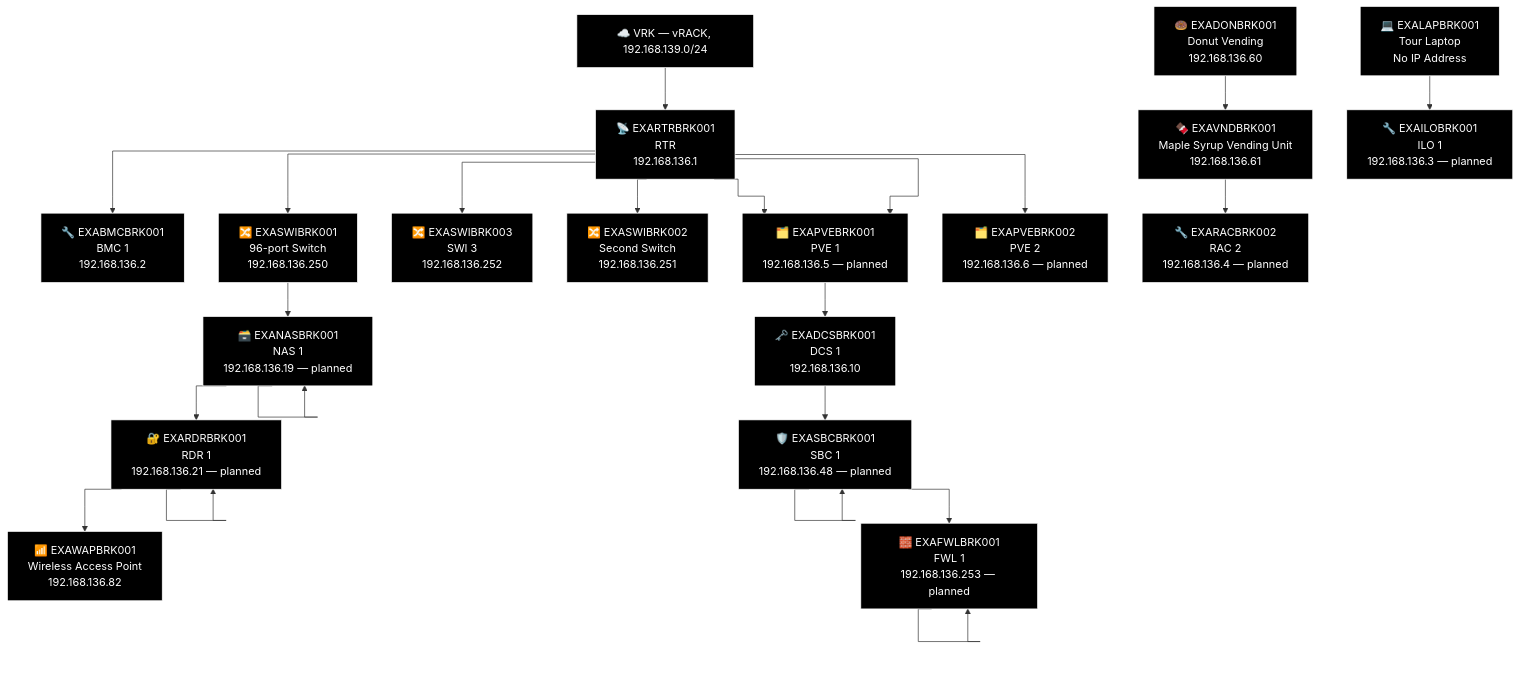
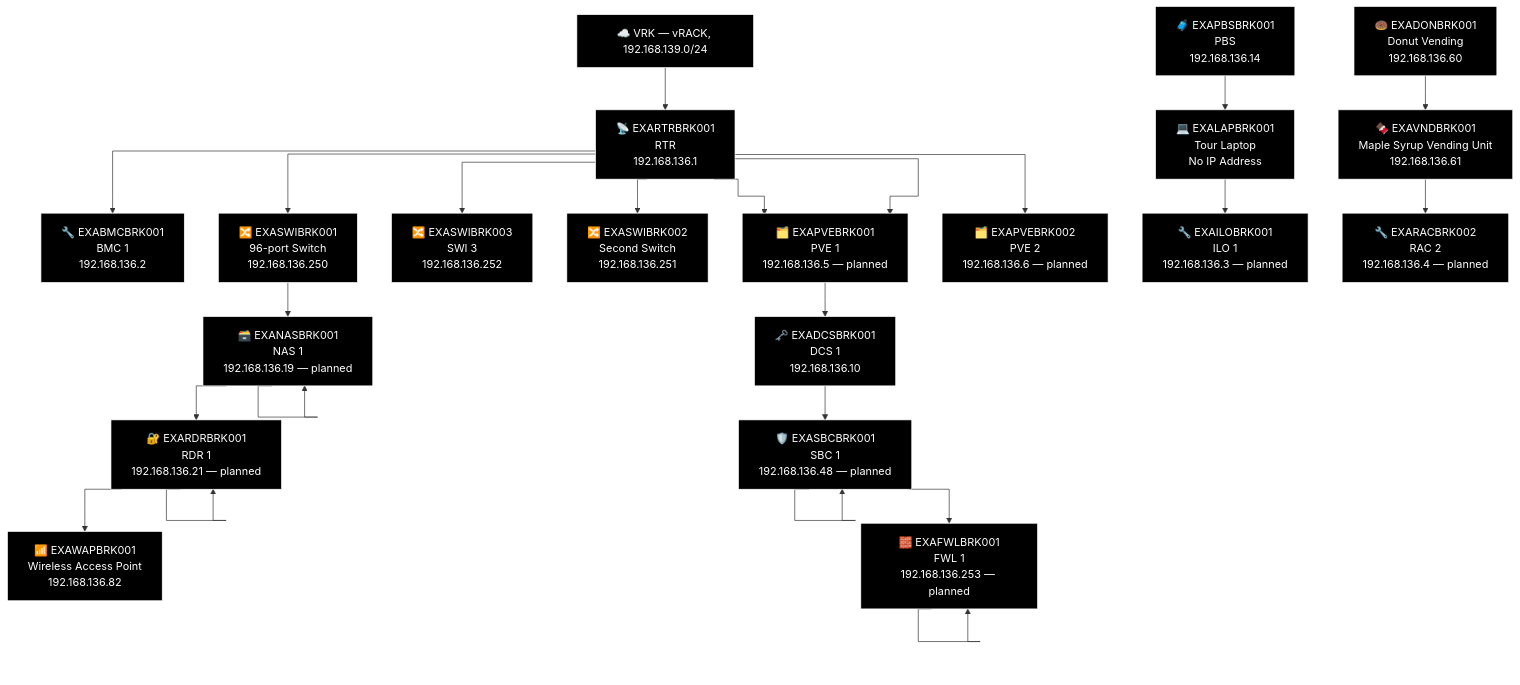
The third of 9 diagrams in docs/network-diagram/canada.md (knightmare2600/example_music_infra), drawn with Mermaid before and after one commit. The commit also changed other lines of this file and 14 other files, not shown here.

First line of the commit message:
docs/network-diagram: regenerate, every site was missing its PBS node

````diff
--- a/docs/network-diagram/canada.md
+++ b/docs/network-diagram/canada.md
@@ -134,66 +134,68 @@
 ```mermaid
 %% GENERATED:TOPOLOGY:BRK:START
 %%{init: {'flowchart': {'curve': 'stepAfter'}}}%%
 graph TD
     T_VRK["☁️ VRK — vRACK, 192.168.139.0/24"]
     T_RTR["📡 EXARTRBRK001<br/>RTR<br/>192.168.136.1"]
     T_VRK --> T_RTR
     T_BMC["🔧 EXABMCBRK001<br/>BMC 1<br/>192.168.136.2"]
     T_RTR --> T_BMC
     T_PVE["🗂️ EXAPVEBRK001<br/>PVE 1<br/>192.168.136.5"]
     T_RTR --> T_PVE
     T_SWI["🔀 EXASWIBRK003<br/>SWI 3<br/>192.168.136.252"]
     T_RTR --> T_SWI
     T_SWI2["🔀 EXASWIBRK002<br/>Second Switch<br/>192.168.136.251"]
     T_RTR --> T_SWI2
     T_SWI3["🔀 EXASWIBRK001<br/>96-port Switch<br/>192.168.136.250"]
     T_RTR --> T_SWI3
     T_PVE["🗂️ EXAPVEBRK001<br/>PVE 1<br/>192.168.136.5 — planned"]
     T_RTR --> T_PVE
     T_PVE2["🗂️ EXAPVEBRK002<br/>PVE 2<br/>192.168.136.6 — planned"]
     T_RTR --> T_PVE2
     T_NAS["🗃️ EXANASBRK001<br/>NAS<br/>192.168.136.19"]
     T_NAS["🗃️ EXANASBRK001<br/>NAS 1<br/>192.168.136.19 — planned"]
     T_RDR["🔐 EXARDRBRK001<br/>RDR<br/>192.168.136.21"]
     T_RDR["🔐 EXARDRBRK001<br/>RDR 1<br/>192.168.136.21 — planned"]
     T_WAP["📶 EXAWAPBRK001<br/>Wireless Access Point<br/>192.168.136.82"]
     T_SWI3 --> T_NAS --> T_NAS --> T_RDR --> T_RDR --> T_WAP
     T_DCS["🗝️ EXADCSBRK001<br/>DCS 1<br/>192.168.136.10"]
     T_SBC["🛡️ EXASBCBRK001<br/>SBC<br/>192.168.136.48"]
     T_SBC["🛡️ EXASBCBRK001<br/>SBC 1<br/>192.168.136.48 — planned"]
     T_FWL["🧱 EXAFWLBRK001<br/>LAN Face<br/>192.168.136.253"]
     T_FWL["🧱 EXAFWLBRK001<br/>FWL 1<br/>192.168.136.253 — planned"]
     T_PVE --> T_DCS --> T_SBC --> T_SBC --> T_FWL --> T_FWL
+    T_PBS["🧳 EXAPBSBRK001<br/>PBS<br/>192.168.136.14"]
     T_DON["🍩 EXADONBRK001<br/>Donut Vending<br/>192.168.136.60"]
     T_LAP["💻 EXALAPBRK001<br/>Tour Laptop<br/>No IP Address"]
     T_VND["🍫 EXAVNDBRK001<br/>Maple Syrup Vending Unit<br/>192.168.136.61"]
     T_ILO["🔧 EXAILOBRK001<br/>ILO 1<br/>192.168.136.3 — planned"]
     T_RAC["🔧 EXARACBRK002<br/>RAC 2<br/>192.168.136.4 — planned"]
+    T_PBS --> T_LAP --> T_ILO
     T_DON --> T_VND --> T_RAC
-    T_LAP --> T_ILO
     style T_VRK fill:#000000,stroke:#FFFFFF,color:#FFFFFF
     style T_RTR fill:#000000,stroke:#FFFFFF,color:#FFFFFF
     style T_BMC fill:#000000,stroke:#FFFFFF,color:#FFFFFF
     style T_PVE fill:#000000,stroke:#FFFFFF,color:#FFFFFF
     style T_SWI fill:#000000,stroke:#FFFFFF,color:#FFFFFF
     style T_SWI2 fill:#000000,stroke:#FFFFFF,color:#FFFFFF
     style T_SWI3 fill:#000000,stroke:#FFFFFF,color:#FFFFFF
     style T_PVE fill:#000000,stroke:#FFFFFF,color:#FFFFFF
     style T_PVE2 fill:#000000,stroke:#FFFFFF,color:#FFFFFF
     style T_NAS fill:#000000,stroke:#FFFFFF,color:#FFFFFF
     style T_NAS fill:#000000,stroke:#FFFFFF,color:#FFFFFF
     style T_RDR fill:#000000,stroke:#FFFFFF,color:#FFFFFF
     style T_RDR fill:#000000,stroke:#FFFFFF,color:#FFFFFF
     style T_WAP fill:#000000,stroke:#FFFFFF,color:#FFFFFF
     style T_DCS fill:#000000,stroke:#FFFFFF,color:#FFFFFF
     style T_SBC fill:#000000,stroke:#FFFFFF,color:#FFFFFF
     style T_SBC fill:#000000,stroke:#FFFFFF,color:#FFFFFF
     style T_FWL fill:#000000,stroke:#FFFFFF,color:#FFFFFF
     style T_FWL fill:#000000,stroke:#FFFFFF,color:#FFFFFF
+    style T_PBS fill:#000000,stroke:#FFFFFF,color:#FFFFFF
     style T_DON fill:#000000,stroke:#FFFFFF,color:#FFFFFF
     style T_LAP fill:#000000,stroke:#FFFFFF,color:#FFFFFF
     style T_VND fill:#000000,stroke:#FFFFFF,color:#FFFFFF
     style T_ILO fill:#000000,stroke:#FFFFFF,color:#FFFFFF
     style T_RAC fill:#000000,stroke:#FFFFFF,color:#FFFFFF
 %% GENERATED:TOPOLOGY:BRK:END
 ```
````
